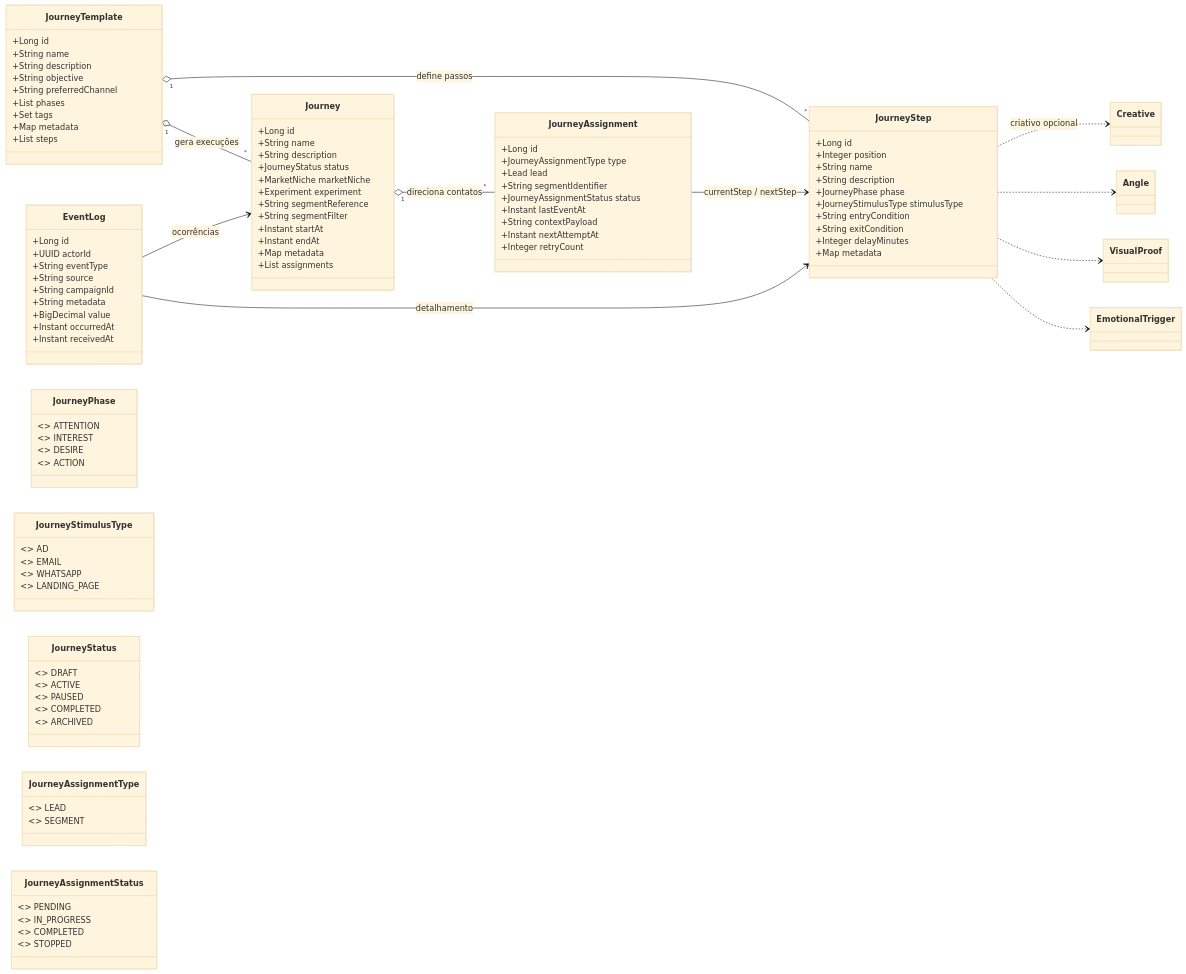
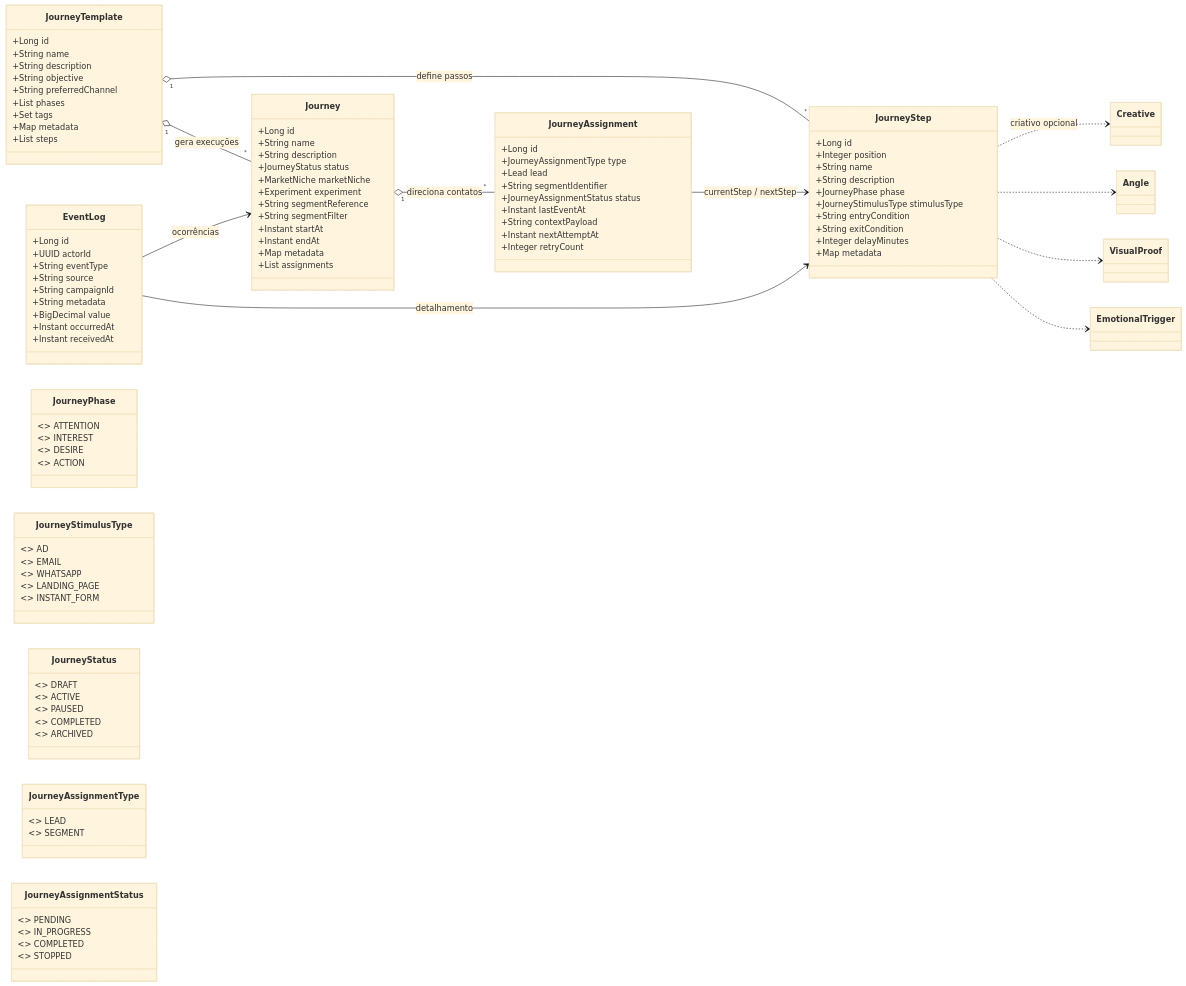
One commit to paulofor/marketing-hub changed the diagram in docs/journeys/class-diagram.md. Above: the diagram before and after it, drawn with Mermaid (base theme). The commit also changed other lines of this file and 10 other files, not shown here.

Commit message:
Add instant form journey stimulus type

```diff
--- a/docs/journeys/class-diagram.md
+++ b/docs/journeys/class-diagram.md
@@ -85,6 +85,7 @@
         <<enum>> EMAIL
         <<enum>> WHATSAPP
         <<enum>> LANDING_PAGE
+        <<enum>> INSTANT_FORM
     }
 
     class JourneyStatus {
```
